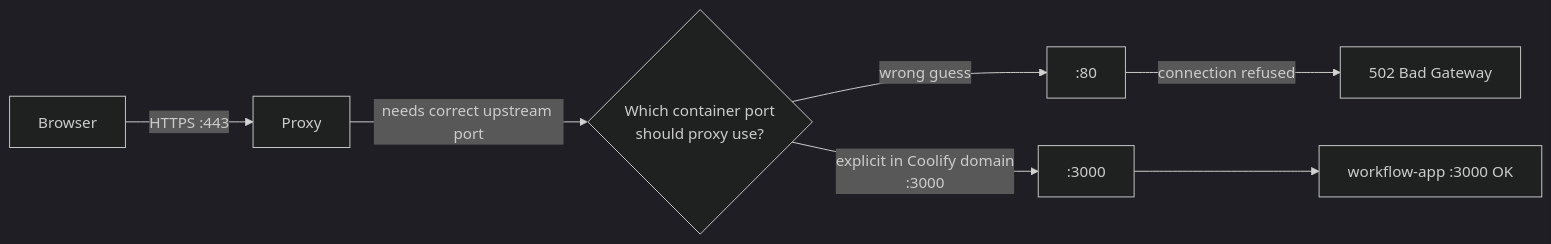
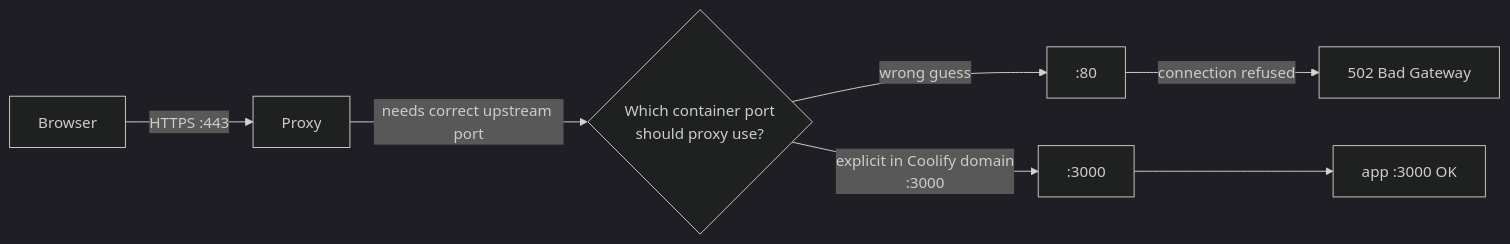
The second of 2 diagrams in docs/COOLIFY_PORTS_FLOW.md (slaguardia/omnidev), drawn with Mermaid (dark theme) before and after one commit. The commit also changed other lines of this file and 587 other files, not shown here.

````diff
--- a/docs/COOLIFY_PORTS_FLOW.md
+++ b/docs/COOLIFY_PORTS_FLOW.md
@@ -56,7 +56,7 @@
 ```mermaid
 flowchart LR
   U[Browser] -->|HTTPS :443| P[Proxy]
   P -->|needs correct upstream port| D{Which container port<br/>should proxy use?}
   D -->|wrong guess| W[:80] -->|connection refused| E[502 Bad Gateway]
-  D -->|explicit in Coolify domain<br/>:3000| OK[:3000] --> A[workflow-app :3000 OK]
+  D -->|explicit in Coolify domain<br/>:3000| OK[:3000] --> A[app :3000 OK]
 ```
````
